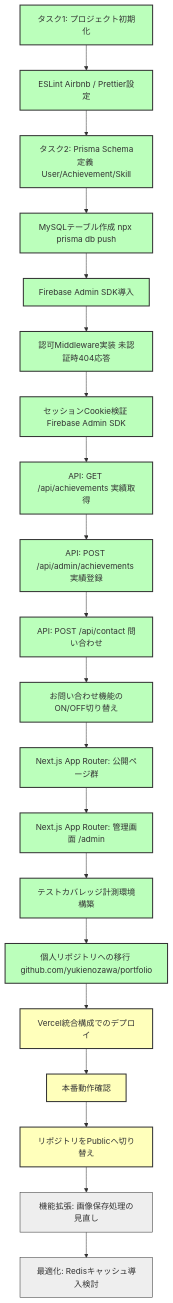
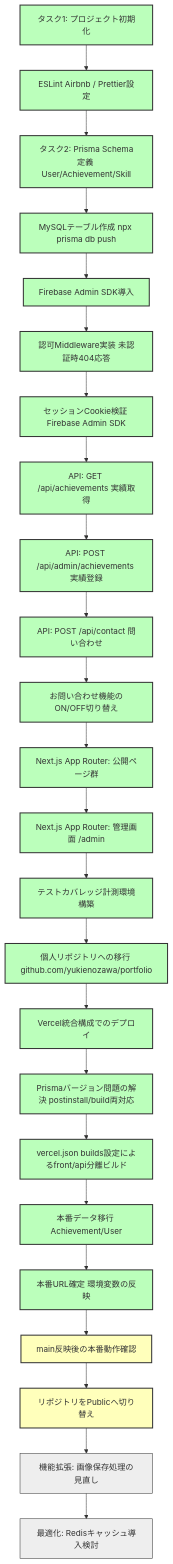
Before and after one commit to yukienozawa/portfolio: the diagram in docs/overview.md, drawn with Mermaid. The commit also changed other lines of this file, not shown here.

````diff
--- a/docs/overview.md
+++ b/docs/overview.md
@@ -49,47 +49,51 @@
 ```mermaid
 graph TD
     classDef done fill:#bfb,stroke:#333,stroke-width:2px;
     classDef inprogress fill:#ffb,stroke:#333,stroke-width:2px;
     classDef planned fill:#eee,stroke:#333,stroke-width:1px;
 
     %% 基盤構築（★完了）
     P1_1[タスク1: プロジェクト初期化] --> P1_2[ESLint Airbnb / Prettier設定]
     P1_2 --> P2_1[タスク2: Prisma Schema定義 User/Achievement/Skill]
     class P1_1,P1_2,P2_1 done;
 
     %% データ・認証基盤（★完了）
     P2_1 --> P2_2[MySQLテーブル作成 npx prisma db push]
     P2_2 --> P3_1[Firebase Admin SDK導入]
     P3_1 --> P3_2[認可Middleware実装 未認証時404応答]
     P3_2 --> P3_3[セッションCookie検証 Firebase Admin SDK]
     class P2_2,P3_1,P3_2,P3_3 done;
 
     %% バックエンドAPI開発（★完了）
     P3_3 --> P4_1[API: GET /api/achievements 実績取得]
     P4_1 --> P4_2[API: POST /api/admin/achievements 実績登録]
     P4_2 --> P4_3[API: POST /api/contact 問い合わせ]
     P4_3 --> P4_4[お問い合わせ機能のON/OFF切り替え]
     class P4_1,P4_2,P4_3,P4_4 done;
 
     %% フロントエンド実装（★完了）
     P4_4 --> P5_1[Next.js App Router: 公開ページ群]
     P5_1 --> P5_2[Next.js App Router: 管理画面 /admin]
     class P5_1,P5_2 done;
 
     %% テスト・品質強化（★完了）
     P5_2 --> P5_3[テストカバレッジ計測環境構築]
     class P5_3 done;
 
-    %% デプロイ（現在地）
+    %% デプロイ（実質完了、最終確認のみ残る）
     P5_3 --> P6_1[個人リポジトリへの移行 github.com/yukienozawa/portfolio]
     P6_1 --> P6_2[Vercel統合構成でのデプロイ]
-    P6_2 --> P6_3[本番動作確認]
+    P6_2 --> P6_2a[Prismaバージョン問題の解決 postinstall/build両対応]
+    P6_2a --> P6_2b[vercel.json builds設定によるfront/api分離ビルド]
+    P6_2b --> P6_2c[本番データ移行 Achievement/User]
+    P6_2c --> P6_2d[本番URL確定 環境変数の反映]
+    P6_2d --> P6_3[main反映後の本番動作確認]
     P6_3 --> P6_4[リポジトリをPublicへ切り替え]
-    class P6_1 done;
-    class P6_2,P6_3,P6_4 inprogress;
+    class P6_1,P6_2,P6_2a,P6_2b,P6_2c,P6_2d done;
+    class P6_3,P6_4 inprogress;
 
     %% 最適化・拡張（未着手）
     P6_4 --> P7_1[機能拡張: 画像保存処理の見直し]
     P7_1 --> P7_2[最適化: Redisキャッシュ導入検討]
     class P7_1,P7_2 planned;
 ```
````
